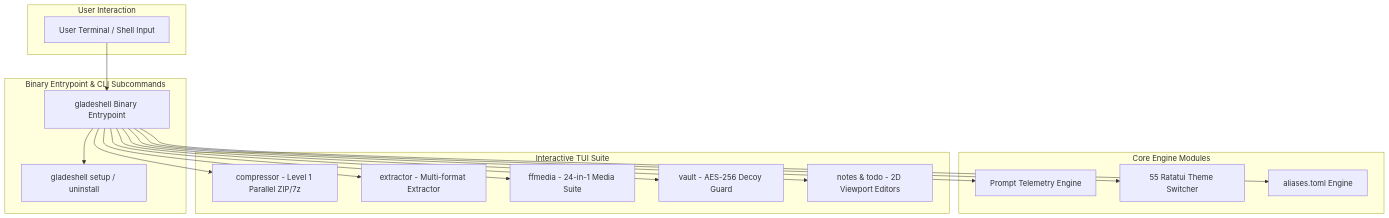
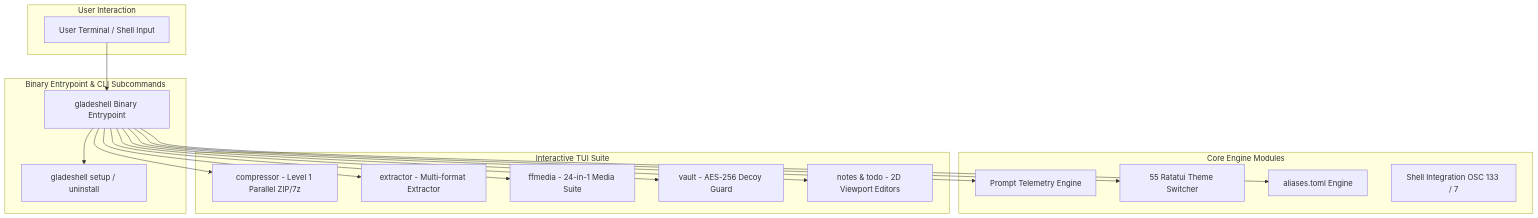
One commit to rihadjahanopu/gladeshell changed the diagram in wiki.md. Above: the diagram before and after it, drawn with Mermaid. The commit also changed other lines of this file and 20 other files, not shown here.

First line of the commit message:
feat(integration): add terminal shell integration (OSC 133/7/777) and update docs

````diff
--- a/wiki.md
+++ b/wiki.md
@@ -84,36 +87,37 @@
 ```mermaid
 flowchart TD
     subgraph User Interaction
         CLI[User Terminal / Shell Input]
     end
 
     subgraph Binary Entrypoint & CLI Subcommands
         MAIN[gladeshell Binary Entrypoint]
         SETUP[gladeshell setup / uninstall]
     end
 
     subgraph Core Engine Modules
         PROMPT[Prompt Telemetry Engine]
         THEMES[55 Ratatui Theme Switcher]
         ALIASES[aliases.toml Engine]
+        SHELLINT[Shell Integration OSC 133 / 7]
     end
 
     subgraph Interactive TUI Suite
         COMP[compressor - Level 1 Parallel ZIP/7z]
         EXT[extractor - Multi-format Extractor]
         FFM[ffmedia - 24-in-1 Media Suite]
         VAULT[vault - AES-256 Decoy Guard]
         NOTES[notes & todo - 2D Viewport Editors]
     end
 
     CLI --> MAIN
     MAIN --> SETUP
     MAIN --> PROMPT
     MAIN --> THEMES
     MAIN --> ALIASES
     MAIN --> COMP
     MAIN --> EXT
     MAIN --> FFM
     MAIN --> VAULT
     MAIN --> NOTES
 ```
````
